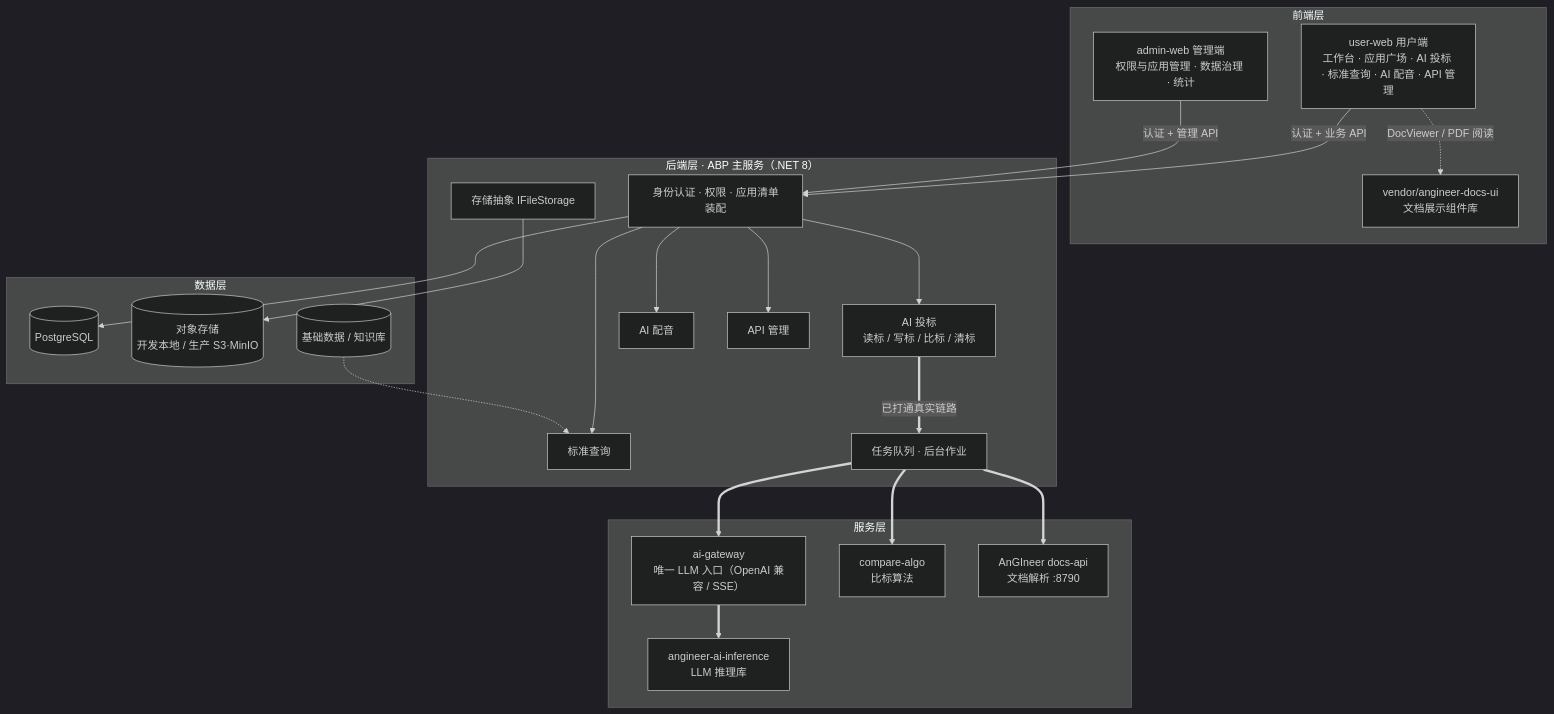
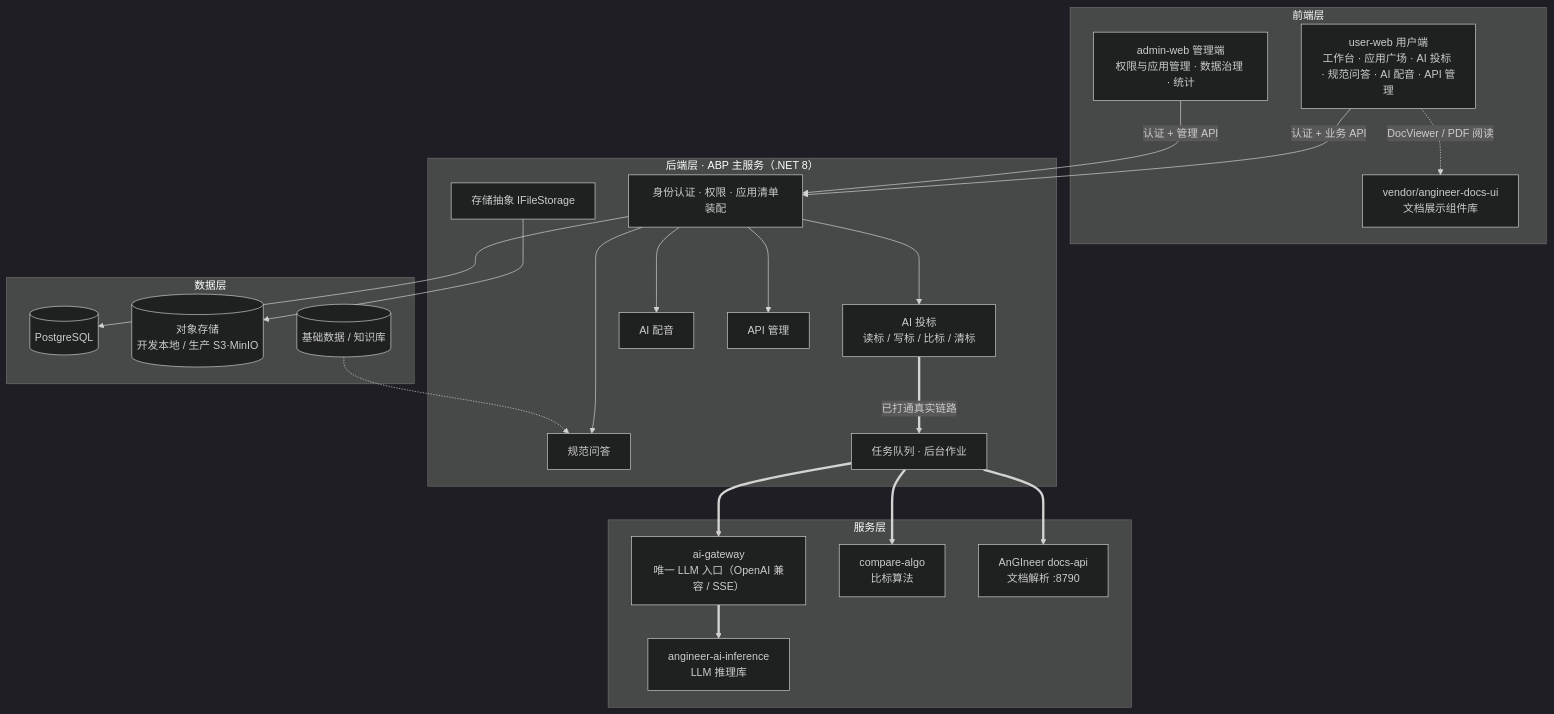
One commit to 0mao0/DredgeAI changed the first of 2 diagrams in README.md. Above: the diagram before and after it, drawn with Mermaid (dark theme). The commit also changed other lines of this file and 58 other files, not shown here.

````diff
--- a/README.md
+++ b/README.md
@@ -43,44 +43,44 @@
 ```mermaid
 graph TB
     subgraph FE[前端层]
-        U["user-web 用户端<br/>工作台 · 应用广场 · AI 投标 · 标准查询 · AI 配音 · API 管理"]
+        U["user-web 用户端<br/>工作台 · 应用广场 · AI 投标 · 规范问答 · AI 配音 · API 管理"]
         A["admin-web 管理端<br/>权限与应用管理 · 数据治理 · 统计"]
         UI["vendor/angineer-docs-ui<br/>文档展示组件库"]
     end
 
     subgraph BE[后端层 · ABP 主服务（.NET 8）]
         ID["身份认证 · 权限 · 应用清单装配"]
         BID["AI 投标<br/>读标 / 写标 / 比标 / 清标"]
-        STD["标准查询"]
+        STD["规范问答"]
         DUB["AI 配音"]
         API["API 管理"]
         JOB["任务队列 · 后台作业"]
         STOR["存储抽象 IFileStorage"]
     end
 
     subgraph SVC[服务层]
         GW["ai-gateway<br/>唯一 LLM 入口（OpenAI 兼容 / SSE）"]
         ALGO["compare-algo<br/>比标算法"]
         ANG["AnGIneer docs-api<br/>文档解析 :8790"]
         INF["angineer-ai-inference<br/>LLM 推理库"]
     end
 
     subgraph DATA[数据层]
         DB[(PostgreSQL)]
         OBJ[(对象存储<br/>开发本地 / 生产 S3·MinIO)]
         BASE[(基础数据 / 知识库)]
     end
 
     U -->|认证 + 业务 API| ID
     A -->|认证 + 管理 API| ID
     U -.->|DocViewer / PDF 阅读| UI
     ID --> BID & STD & DUB & API
     BID ==>|已打通真实链路| JOB
     JOB ==> ANG
     JOB ==> ALGO
     JOB ==> GW
     GW ==> INF
     ID --> DB
     STOR --> OBJ
     BASE -.-> STD
 ```
````
